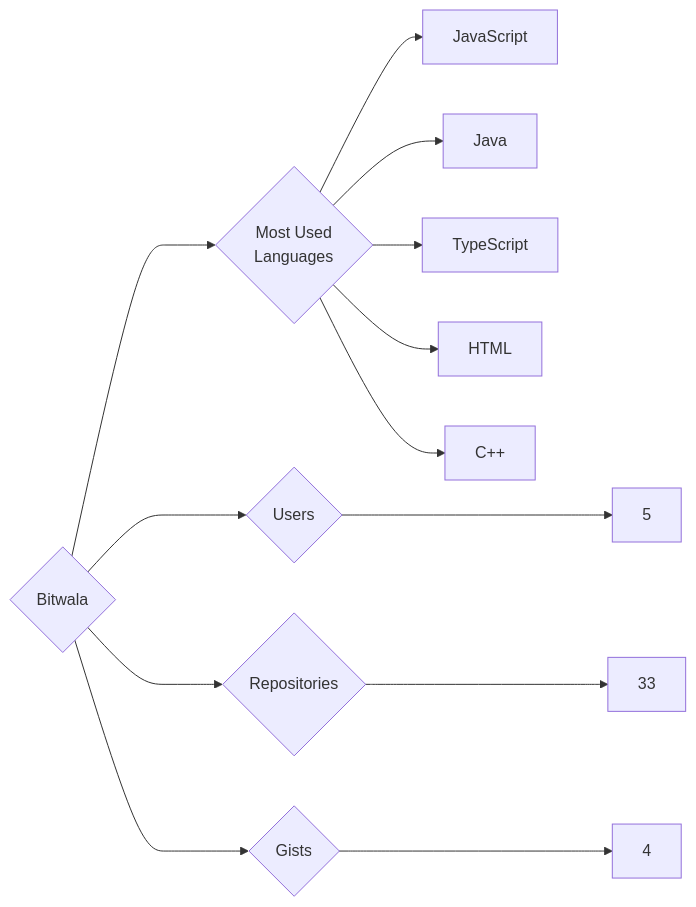
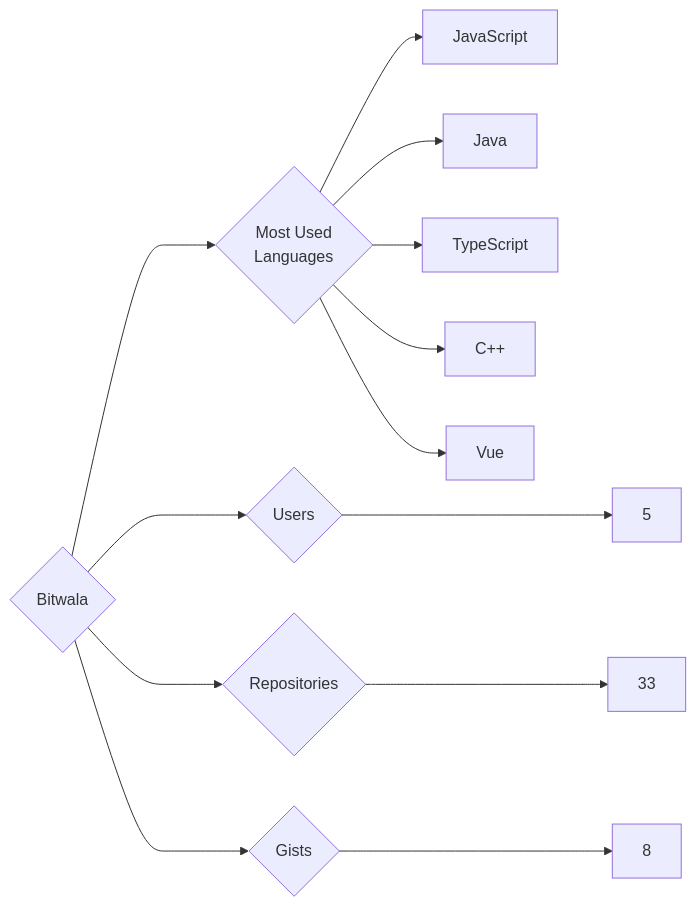
The diagram in targets/Bitwala/README.md (trickest/insiders), drawn with Mermaid before and after one commit. The commit also changed 1089 other files, not shown here.

````diff
--- a/targets/Bitwala/README.md
+++ b/targets/Bitwala/README.md
@@ -3,13 +3,13 @@
 ```mermaid
 graph LR
 COMPANY_NAME{Bitwala}
 COMPANY_NAME ---> U{Users} ---> UN[5]
 COMPANY_NAME ---> R{Repositories} ---> RN[33]
-COMPANY_NAME ---> G{Gists} ---> GN[4]
+COMPANY_NAME ---> G{Gists} ---> GN[8]
 COMPANY_NAME ---> ML{Most Used<br>Languages}
 ML --> JavaScript[JavaScript]
 ML --> Java[Java]
 ML --> TypeScript[TypeScript]
-ML --> HTML[HTML]
 ML --> C++[C++]
+ML --> Vue[Vue]
 ```
````
